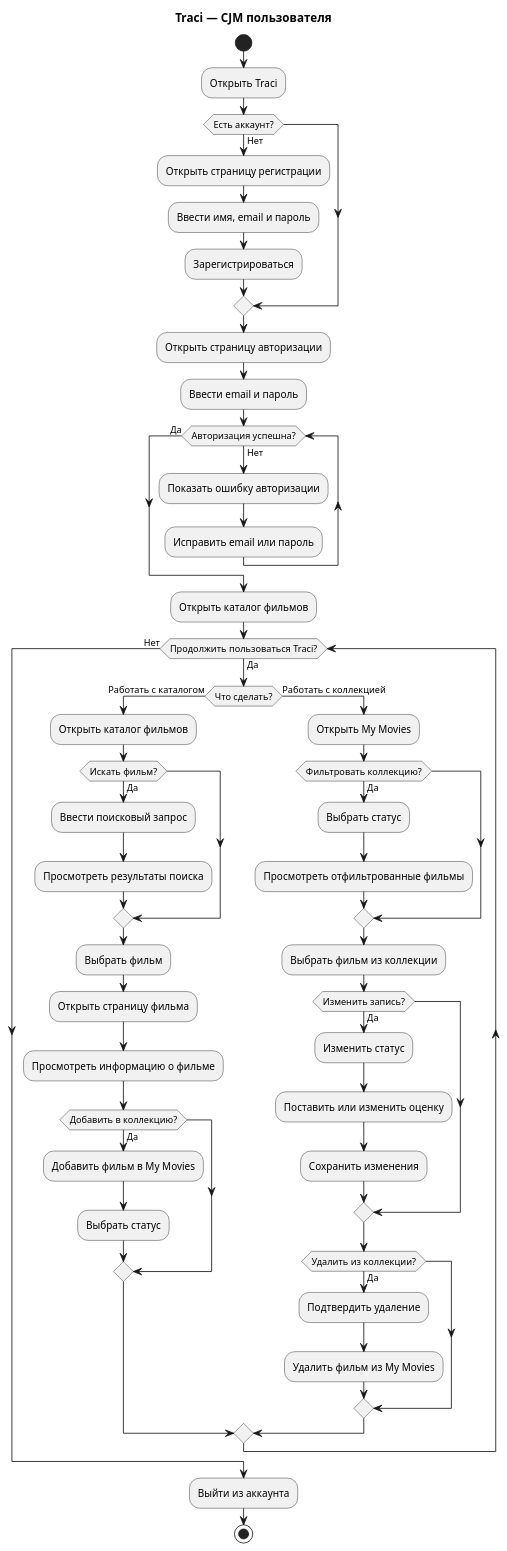
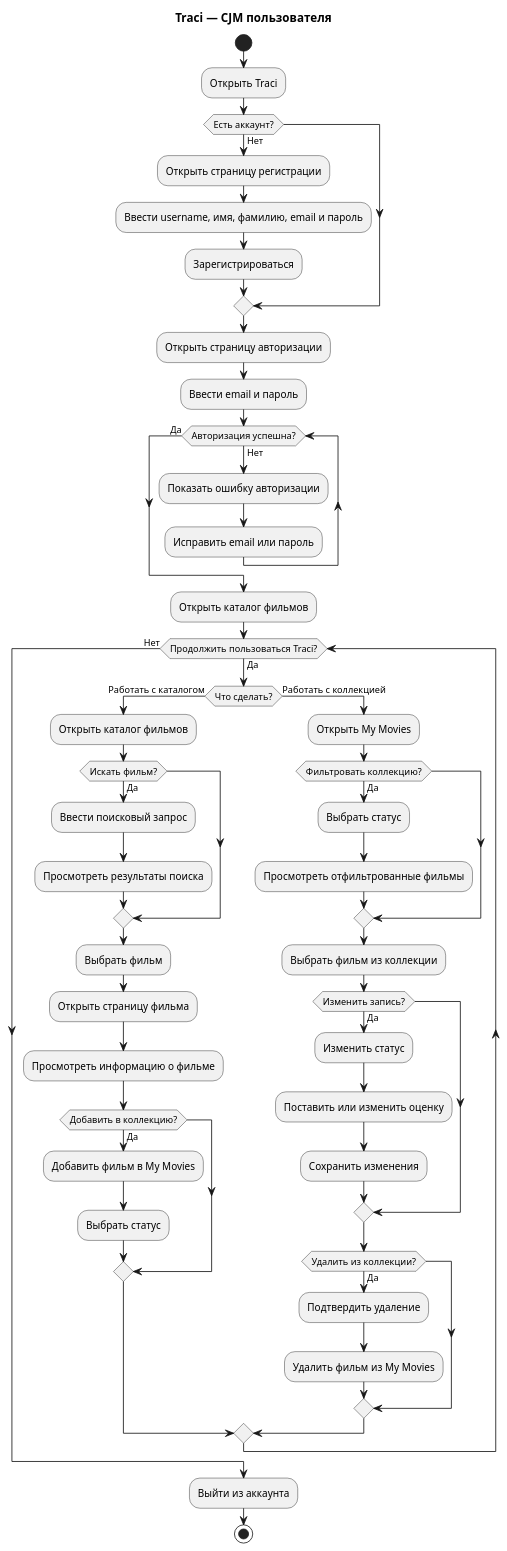
The diagram in docs/cjm/user-cjm.puml (DavidGinovyan25/Traci), drawn with PlantUML before and after one commit. The commit also changed 9 other files, not shown here.

```diff
--- a/docs/cjm/user-cjm.puml
+++ b/docs/cjm/user-cjm.puml
@@ -1,74 +1,74 @@
 @startuml
 title Traci — CJM пользователя
 
 start
 
 :Открыть Traci;
 
 if (Есть аккаунт?) then (Нет)
     :Открыть страницу регистрации;
-    :Ввести имя, email и пароль;
+    :Ввести username, имя, фамилию, email и пароль;
     :Зарегистрироваться;
 endif
 
 :Открыть страницу авторизации;
 :Ввести email и пароль;
 
 while (Авторизация успешна?) is (Нет)
     :Показать ошибку авторизации;
     :Исправить email или пароль;
 endwhile (Да)
 
 :Открыть каталог фильмов;
 
 while (Продолжить пользоваться Traci?) is (Да)
 
     if (Что сделать?) then (Работать с каталогом)
 
         :Открыть каталог фильмов;
 
         if (Искать фильм?) then (Да)
             :Ввести поисковый запрос;
             :Просмотреть результаты поиска;
         endif
 
         :Выбрать фильм;
         :Открыть страницу фильма;
         :Просмотреть информацию о фильме;
 
         if (Добавить в коллекцию?) then (Да)
             :Добавить фильм в My Movies;
             :Выбрать статус;
         endif
 
     else (Работать с коллекцией)
 
         :Открыть My Movies;
 
         if (Фильтровать коллекцию?) then (Да)
             :Выбрать статус;
             :Просмотреть отфильтрованные фильмы;
         endif
 
         :Выбрать фильм из коллекции;
 
         if (Изменить запись?) then (Да)
             :Изменить статус;
             :Поставить или изменить оценку;
             :Сохранить изменения;
         endif
 
         if (Удалить из коллекции?) then (Да)
             :Подтвердить удаление;
             :Удалить фильм из My Movies;
         endif
 
     endif
 
 endwhile (Нет)
 
 :Выйти из аккаунта;
 
 stop
 
 @enduml
```
